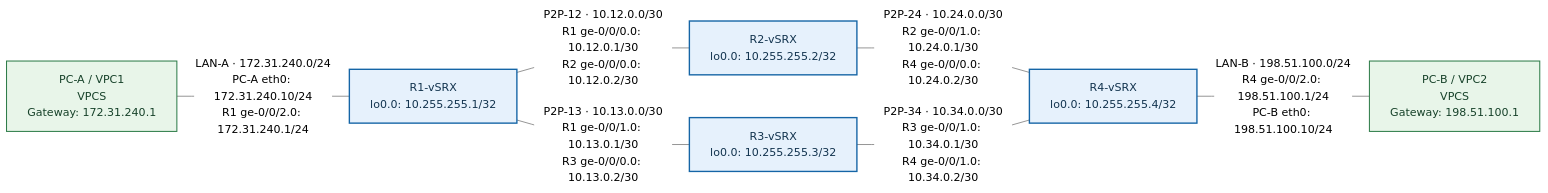
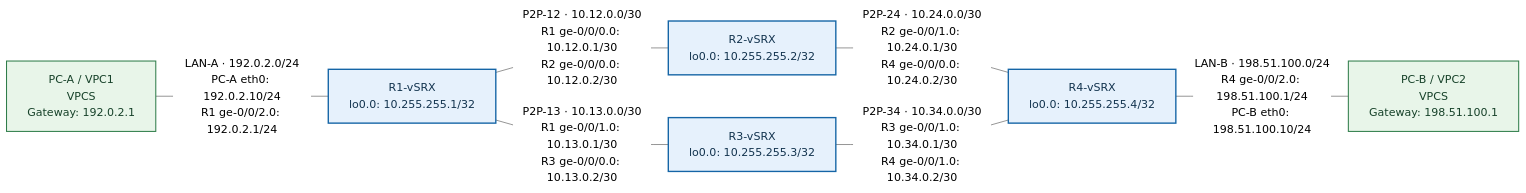
The second of 11 diagrams in docs/chapters/JUNOS_Rozdzial_04_Initial_Configuration_and_System_Services.md (nelto79/jncip), drawn with Mermaid (neutral theme) before and after one commit.

Commit message:
fix(ch04): preserve canonical DIAMOND LAN addresses while isolating OOB service subnet

````diff
--- a/docs/chapters/JUNOS_Rozdzial_04_Initial_Configuration_and_System_Services.md
+++ b/docs/chapters/JUNOS_Rozdzial_04_Initial_Configuration_and_System_Services.md
@@ -57,21 +57,21 @@
 ```mermaid
 flowchart LR
-  PCA["PC-A / VPC1<br/>VPCS<br/>Gateway: 172.31.240.1"]
+  PCA["PC-A / VPC1<br/>VPCS<br/>Gateway: 192.0.2.1"]
   R1["R1-vSRX<br/>lo0.0: 10.255.255.1/32"]
   R2["R2-vSRX<br/>lo0.0: 10.255.255.2/32"]
   R3["R3-vSRX<br/>lo0.0: 10.255.255.3/32"]
   R4["R4-vSRX<br/>lo0.0: 10.255.255.4/32"]
   PCB["PC-B / VPC2<br/>VPCS<br/>Gateway: 198.51.100.1"]
 
-  PCA ---|"LAN-A · 172.31.240.0/24<br/>PC-A eth0: 172.31.240.10/24<br/>R1 ge-0/0/2.0: 172.31.240.1/24"| R1
+  PCA ---|"LAN-A · 192.0.2.0/24<br/>PC-A eth0: 192.0.2.10/24<br/>R1 ge-0/0/2.0: 192.0.2.1/24"| R1
   R1 ---|"P2P-12 · 10.12.0.0/30<br/>R1 ge-0/0/0.0: 10.12.0.1/30<br/>R2 ge-0/0/0.0: 10.12.0.2/30"| R2
   R1 ---|"P2P-13 · 10.13.0.0/30<br/>R1 ge-0/0/1.0: 10.13.0.1/30<br/>R3 ge-0/0/0.0: 10.13.0.2/30"| R3
   R2 ---|"P2P-24 · 10.24.0.0/30<br/>R2 ge-0/0/1.0: 10.24.0.1/30<br/>R4 ge-0/0/0.0: 10.24.0.2/30"| R4
   R3 ---|"P2P-34 · 10.34.0.0/30<br/>R3 ge-0/0/1.0: 10.34.0.1/30<br/>R4 ge-0/0/1.0: 10.34.0.2/30"| R4
   R4 ---|"LAN-B · 198.51.100.0/24<br/>R4 ge-0/0/2.0: 198.51.100.1/24<br/>PC-B eth0: 198.51.100.10/24"| PCB
 
   classDef vsrx fill:#e6f1fc,stroke:#1565a6,stroke-width:2px,color:#13344f;
   classDef vpcs fill:#e8f5e9,stroke:#2f7d4a,stroke-width:1.5px,color:#17422a;
   class R1,R2,R3,R4 vsrx;
   class PCA,PCB vpcs;
 ```
````
